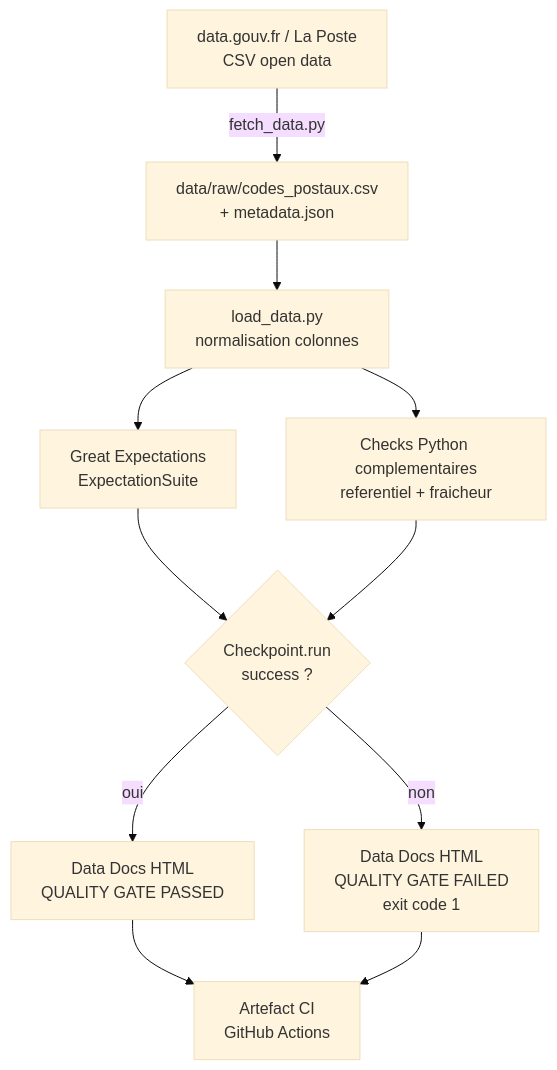
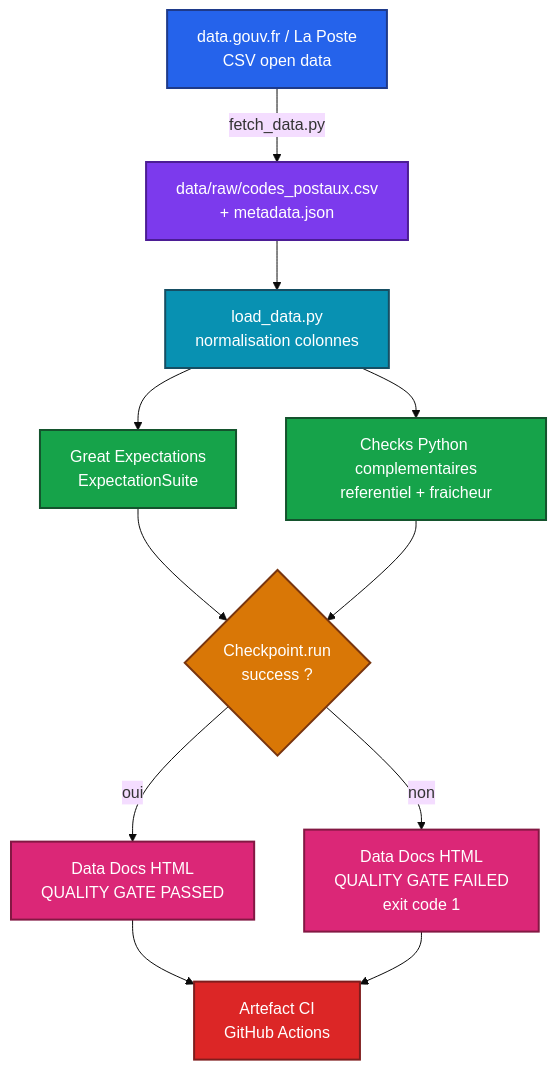
One commit to Adam-Blf/data-quality-framework changed the diagram in README.md. Above: the diagram before and after it, drawn with Mermaid (base theme).

Commit message:
docs: add colors to mermaid diagrams (#2)
Each node gets a palette class (by subgraph or by flow depth), subgraphs are tinted, non-flowchart diagrams use a colored base theme. Validated by rendering every diagram before and after.

````diff
--- a/README.md
+++ b/README.md
@@ -95,13 +95,28 @@
 ```mermaid
 flowchart TD
     A[data.gouv.fr / La Poste\nCSV open data] -->|fetch_data.py| B[data/raw/codes_postaux.csv\n+ metadata.json]
     B --> C[load_data.py\nnormalisation colonnes]
     C --> D[Great Expectations\nExpectationSuite]
     C --> E[Checks Python complementaires\nreferentiel + fraicheur]
     D --> F{Checkpoint.run\nsuccess ?}
     E --> F
     F -->|oui| G[Data Docs HTML\nQUALITY GATE PASSED]
     F -->|non| H[Data Docs HTML\nQUALITY GATE FAILED\nexit code 1]
     G --> I[Artefact CI\nGitHub Actions]
     H --> I
+
+    classDef c0 fill:#2563eb,stroke:#1e3a8a,stroke-width:2px,color:#ffffff
+    classDef c1 fill:#7c3aed,stroke:#4c1d95,stroke-width:2px,color:#ffffff
+    classDef c2 fill:#0891b2,stroke:#164e63,stroke-width:2px,color:#ffffff
+    classDef c3 fill:#16a34a,stroke:#14532d,stroke-width:2px,color:#ffffff
+    classDef c4 fill:#d97706,stroke:#78350f,stroke-width:2px,color:#ffffff
+    classDef c5 fill:#db2777,stroke:#831843,stroke-width:2px,color:#ffffff
+    classDef c6 fill:#dc2626,stroke:#7f1d1d,stroke-width:2px,color:#ffffff
+    class A c0
+    class B c1
+    class C c2
+    class D,E c3
+    class F c4
+    class G,H c5
+    class I c6
 ```
````
